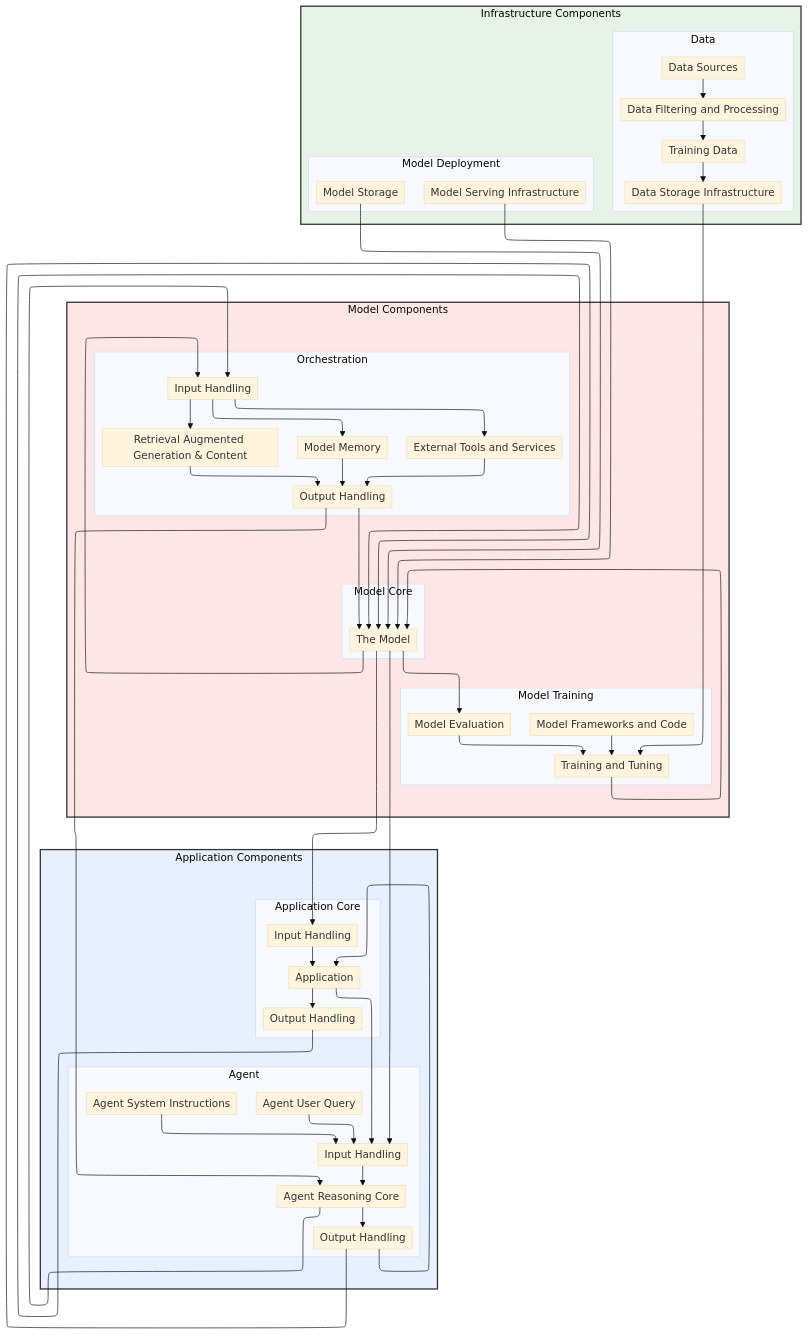
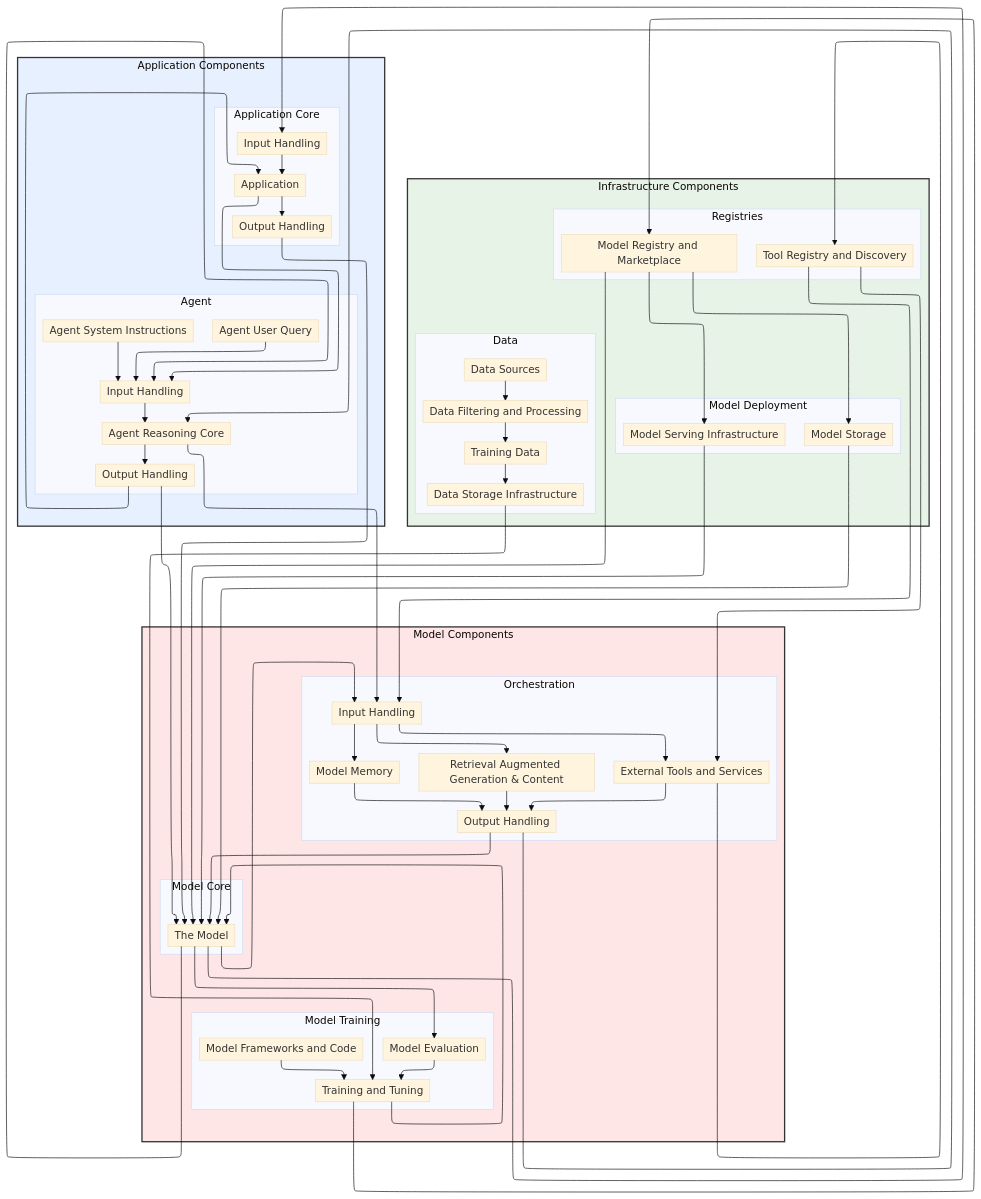
The diagram in risk-map/diagrams/risk-map-graph.md (davidlabianca/secure-ai-tooling), drawn with Mermaid (base theme) before and after one commit. The commit also changed 22 other files, not shown here.

```diff
--- a/risk-map/diagrams/risk-map-graph.md
+++ b/risk-map/diagrams/risk-map-graph.md
@@ -22,6 +22,10 @@
         subgraph componentsModelDeployment ["Model Deployment"]
             componentModelServing[Model Serving Infrastructure]
             componentModelStorage[Model Storage]
+        end
+        subgraph componentsRegistries ["Registries"]
+            componentModelRegistry[Model Registry and Marketplace]
+            componentToolRegistry[Tool Registry and Discovery]
         end
     end
 
@@ -66,8 +70,12 @@
     componentModelFrameworksAndCode --> componentModelTrainingTuning
     componentModelEvaluation --> componentModelTrainingTuning
     componentModelTrainingTuning --> componentTheModel
+    componentModelTrainingTuning --> componentModelRegistry
     componentModelStorage --> componentTheModel
     componentModelServing --> componentTheModel
+    componentModelRegistry --> componentModelServing
+    componentModelRegistry --> componentTheModel
+    componentModelRegistry --> componentModelStorage
     componentTheModel --> componentModelEvaluation
     componentTheModel --> componentAgentInputHandling
     componentTheModel --> componentApplicationInputHandling
@@ -84,6 +92,9 @@
     componentOrchestrationInputHandling --> componentMemory
     componentOrchestrationInputHandling --> componentRAGContent
     componentTools --> componentOrchestrationOutputHandling
+    componentTools --> componentToolRegistry
+    componentToolRegistry --> componentOrchestrationInputHandling
+    componentToolRegistry --> componentTools
     componentMemory --> componentOrchestrationOutputHandling
     componentRAGContent --> componentOrchestrationOutputHandling
     componentAgentUserQuery --> componentAgentInputHandling
```
